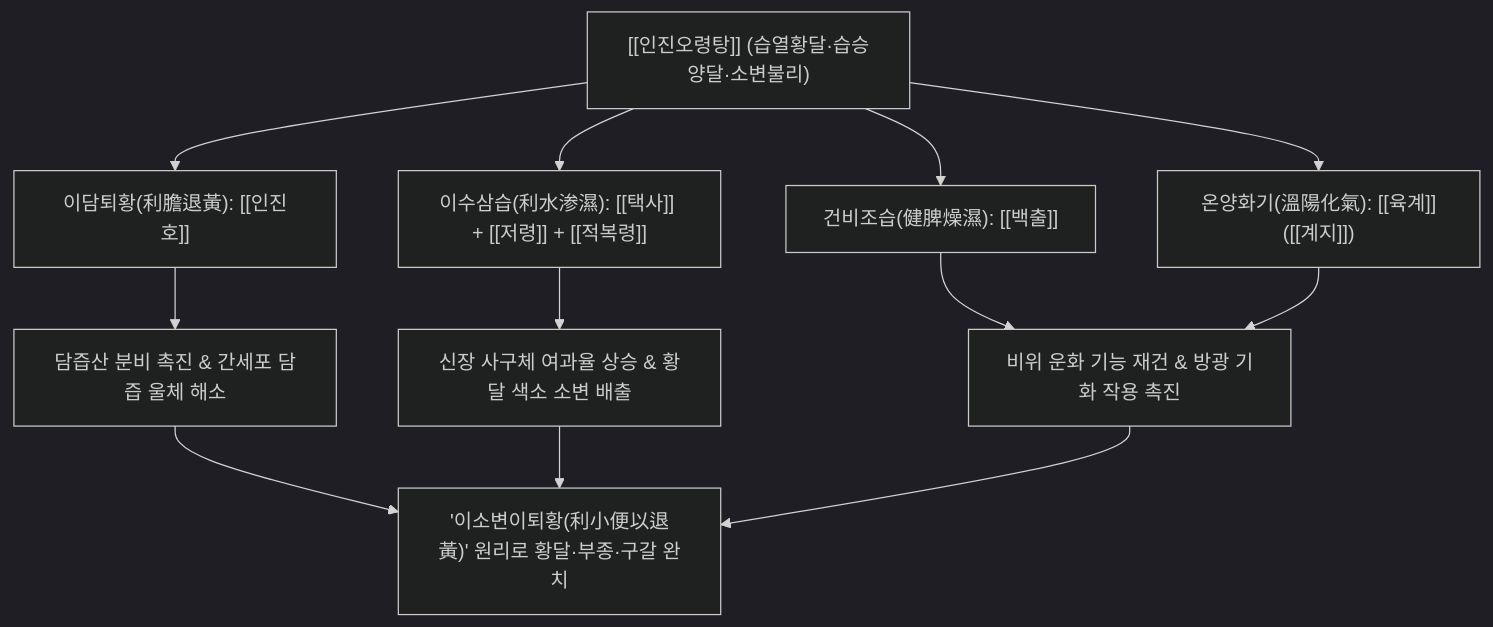
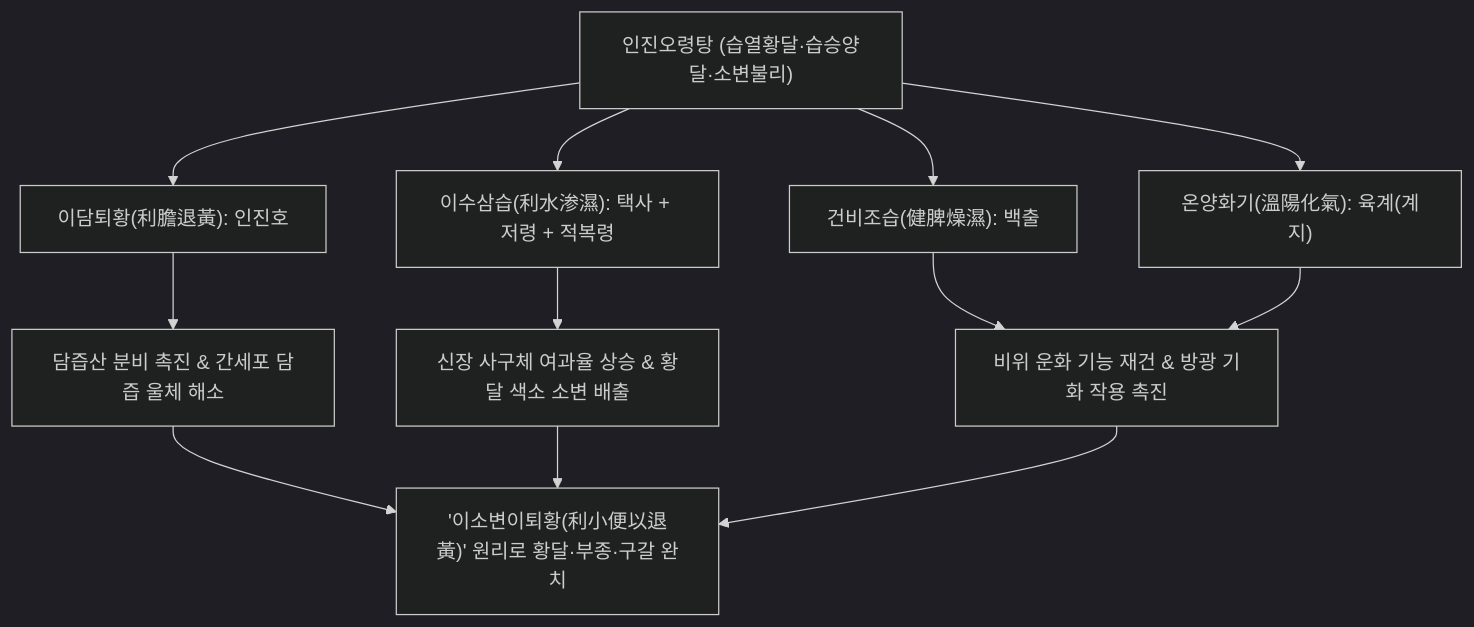
The diagram in content/2. 약리 공부/처방/03_화담·거습·이수제/인진오령탕.md (simbio11/simbio-digital-garden2), drawn with Mermaid (dark theme) before and after one commit. The commit also changed other lines of this file and 122 other files, not shown here.

````diff
--- a/content/2. 약리 공부/처방/03_화담·거습·이수제/인진오령탕.md
+++ b/content/2. 약리 공부/처방/03_화담·거습·이수제/인진오령탕.md
@@ -47,13 +47,13 @@
 ```mermaid
 graph TD
-    A["[[인진오령탕]] (습열황달·습승양달·소변불리)"] --> B["이담퇴황(利膽退黃): [[인진호]]"]
-    A --> C["이수삼습(利水渗濕): [[택사]] + [[저령]] + [[적복령]]"]
-    A --> D["건비조습(健脾燥濕): [[백출]]"]
-    A --> E["온양화기(溫陽化氣): [[육계]]([[계지]])"]
+    A["인진오령탕 (습열황달·습승양달·소변불리)"] --> B["이담퇴황(利膽退黃): 인진호"]
+    A --> C["이수삼습(利水渗濕): 택사 + 저령 + 적복령"]
+    A --> D["건비조습(健脾燥濕): 백출"]
+    A --> E["온양화기(溫陽化氣): 육계(계지)"]
 
     B --> F["담즙산 분비 촉진 & 간세포 담즙 울체 해소"]
     C --> G["신장 사구체 여과율 상승 & 황달 색소 소변 배출"]
     D & E --> H["비위 운화 기능 재건 & 방광 기화 작용 촉진"]
 
     F & G & H --> I["'이소변이퇴황(利小便以退黃)' 원리로 황달·부종·구갈 완치"]
 ```
````
